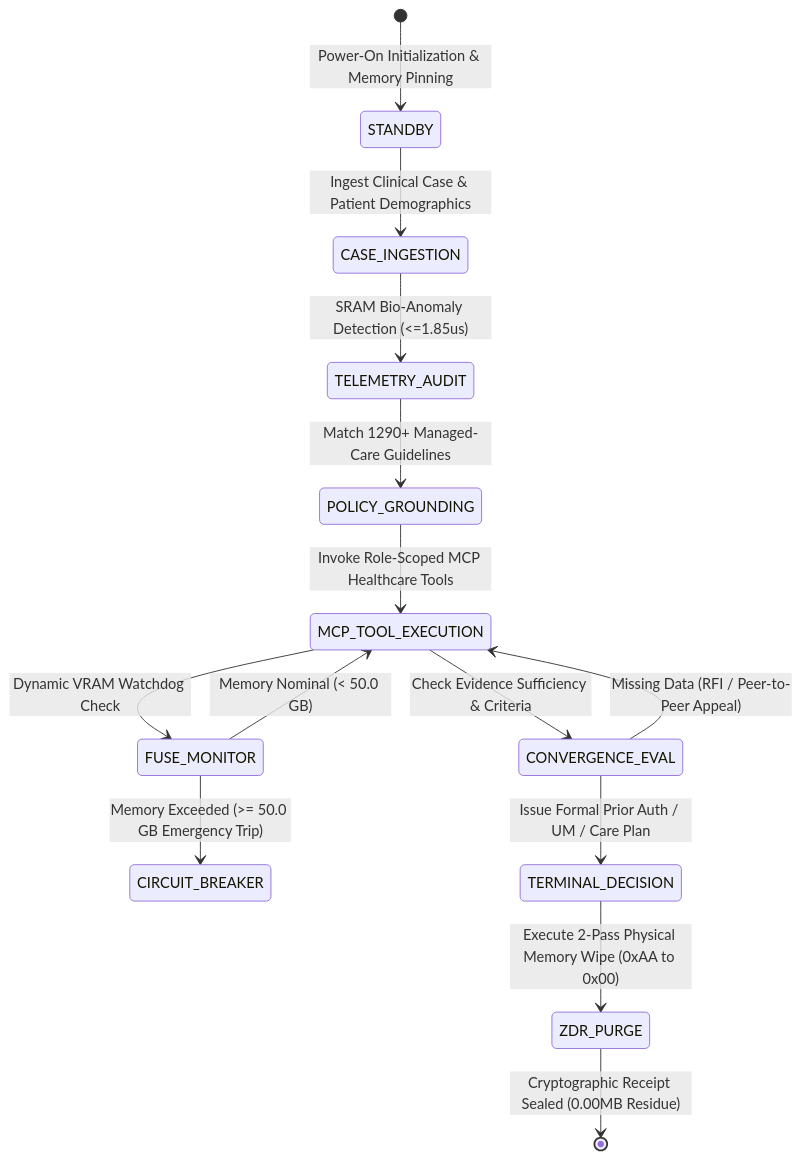
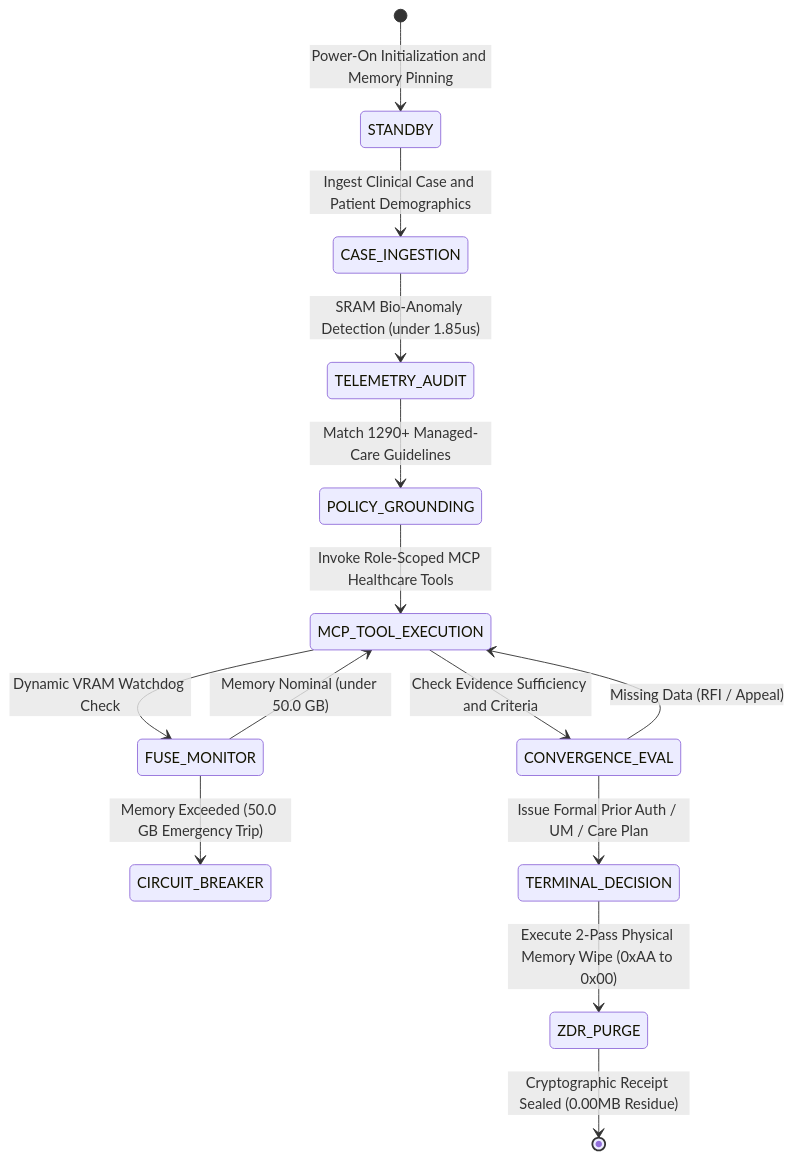
One commit to jackhu24-ship-it/phantom-grid-chi-bench changed the fourth of 5 diagrams in 01_Specs/SPEC_CHI_BENCH_HEALTHCARE_AGENT.md. Above: the diagram before and after it, drawn with Mermaid. The commit also changed other lines of this file and 15 other files, not shown here.

Commit message:
feat(specs): add clinical decision flowchart and high-res vector diagram dual-track fallbacks

````diff
--- a/01_Specs/SPEC_CHI_BENCH_HEALTHCARE_AGENT.md
+++ b/01_Specs/SPEC_CHI_BENCH_HEALTHCARE_AGENT.md
@@ -106,16 +195,16 @@
 ```mermaid
 stateDiagram-v2
-    [*] --> STANDBY: Power-On Initialization & Memory Pinning
-    STANDBY --> CASE_INGESTION: Ingest Clinical Case & Patient Demographics
-    CASE_INGESTION --> TELEMETRY_AUDIT: SRAM Bio-Anomaly Detection (<=1.85us)
+    [*] --> STANDBY: Power-On Initialization and Memory Pinning
+    STANDBY --> CASE_INGESTION: Ingest Clinical Case and Patient Demographics
+    CASE_INGESTION --> TELEMETRY_AUDIT: SRAM Bio-Anomaly Detection (under 1.85us)
     TELEMETRY_AUDIT --> POLICY_GROUNDING: Match 1290+ Managed-Care Guidelines
     POLICY_GROUNDING --> MCP_TOOL_EXECUTION: Invoke Role-Scoped MCP Healthcare Tools
     MCP_TOOL_EXECUTION --> FUSE_MONITOR: Dynamic VRAM Watchdog Check
-    FUSE_MONITOR --> MCP_TOOL_EXECUTION: Memory Nominal (< 50.0 GB)
-    FUSE_MONITOR --> CIRCUIT_BREAKER: Memory Exceeded (>= 50.0 GB Emergency Trip)
-    MCP_TOOL_EXECUTION --> CONVERGENCE_EVAL: Check Evidence Sufficiency & Criteria
-    CONVERGENCE_EVAL --> MCP_TOOL_EXECUTION: Missing Data (RFI / Peer-to-Peer Appeal)
+    FUSE_MONITOR --> MCP_TOOL_EXECUTION: Memory Nominal (under 50.0 GB)
+    FUSE_MONITOR --> CIRCUIT_BREAKER: Memory Exceeded (50.0 GB Emergency Trip)
+    MCP_TOOL_EXECUTION --> CONVERGENCE_EVAL: Check Evidence Sufficiency and Criteria
+    CONVERGENCE_EVAL --> MCP_TOOL_EXECUTION: Missing Data (RFI / Appeal)
     CONVERGENCE_EVAL --> TERMINAL_DECISION: Issue Formal Prior Auth / UM / Care Plan
     TERMINAL_DECISION --> ZDR_PURGE: Execute 2-Pass Physical Memory Wipe (0xAA to 0x00)
     ZDR_PURGE --> [*]: Cryptographic Receipt Sealed (0.00MB Residue)
 ```
````
